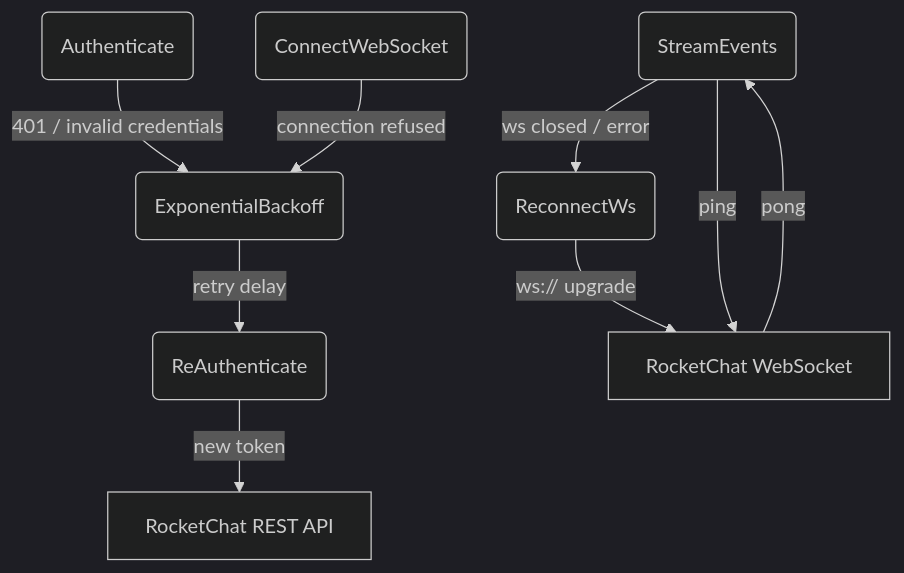
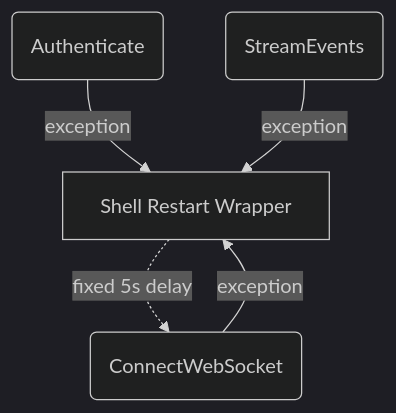
Before and after one commit to cosmoswafer/rockbot: the second of 4 diagrams in _dfds/rocketchat.md, drawn with Mermaid (dark theme). The commit also changed other lines of this file, not shown here.

Commit message:
refactor(dfd): align rocketchat DFD with Python impl, add ping/pong Level 2

````diff
--- a/_dfds/rocketchat.md
+++ b/_dfds/rocketchat.md
@@ -55,20 +55,12 @@
 ```mermaid
 flowchart TD
     AUTH(Authenticate)
     CONNECT(ConnectWebSocket)
     STREAM(StreamEvents)
-    REAUTH(ReAuthenticate)
-    RECONNECT(ReconnectWs)
-    BACKOFF(ExponentialBackoff)
-    RC_API[RocketChat REST API]
-    RC_WS[RocketChat WebSocket]
+    RESTART[Shell Restart Wrapper]
 
-    AUTH -->|"401 / invalid credentials"| BACKOFF
-    CONNECT -->|"connection refused"| BACKOFF
-    STREAM -->|"ws closed / error"| RECONNECT
-    BACKOFF -->|"retry delay"| REAUTH
-    REAUTH -->|"new token"| RC_API
-    RECONNECT -->|"ws:// upgrade"| RC_WS
-    STREAM -->|"ping"| RC_WS
-    RC_WS -->|"pong"| STREAM
+    AUTH -->|"exception"| RESTART
+    CONNECT -->|"exception"| RESTART
+    STREAM -->|"exception"| RESTART
+    RESTART -.->|"fixed 5s delay"| CONNECT
 ```
````
